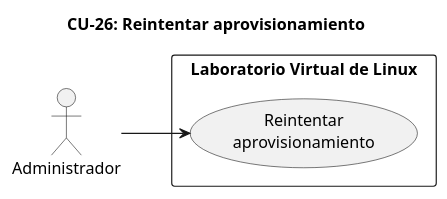
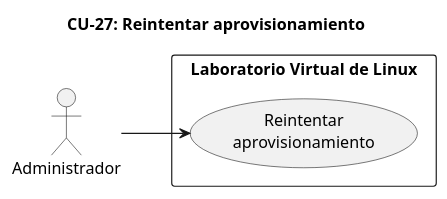
Diagram 53 of 54 in docs/annexes/cu-especificacion.md (LinuxLab-UFPS/LinuxLab), drawn with PlantUML before and after one commit. The commit also changed other lines of this file and 1 other file, not shown here.

````diff
--- a/docs/annexes/cu-especificacion.md
+++ b/docs/annexes/cu-especificacion.md
@@ -2279,16 +2348,16 @@
 ```plantuml
 @startuml
 left to right direction
 
-title CU-26: Reintentar aprovisionamiento
+title CU-27: Reintentar aprovisionamiento
 
 rectangle "Laboratorio Virtual de Linux" {
-  usecase "Reintentar\naprovisionamiento" as UC26
+  usecase "Reintentar\naprovisionamiento" as UC27
 }
 
 actor "Administrador" as Admin
 
-Admin --> UC26
+Admin --> UC27
 
 @enduml
 ```
````
